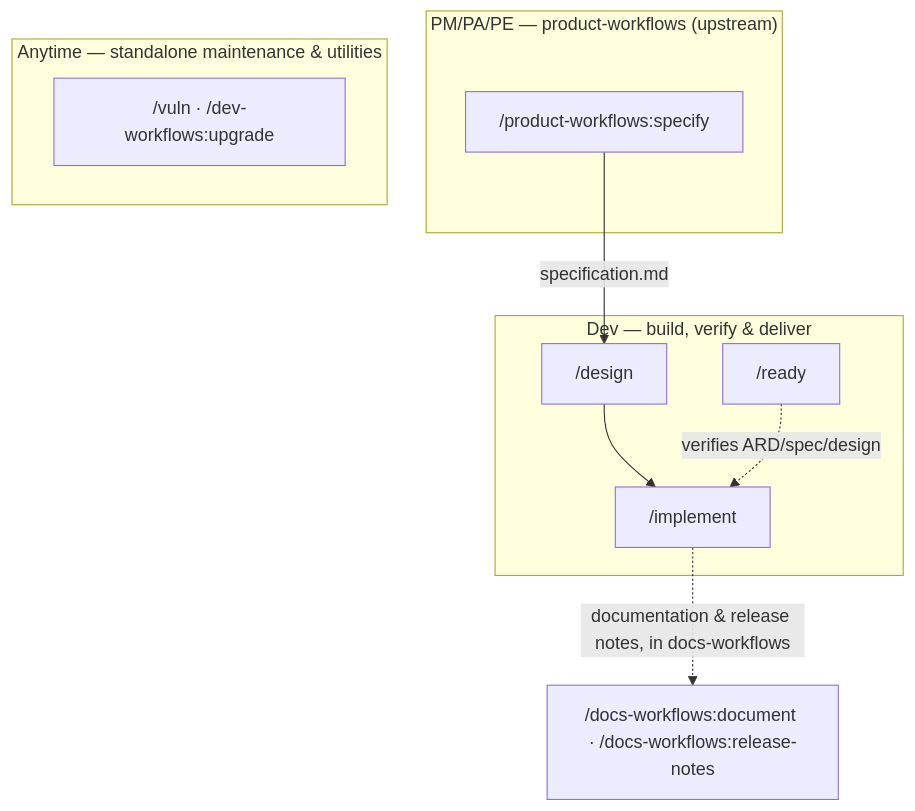
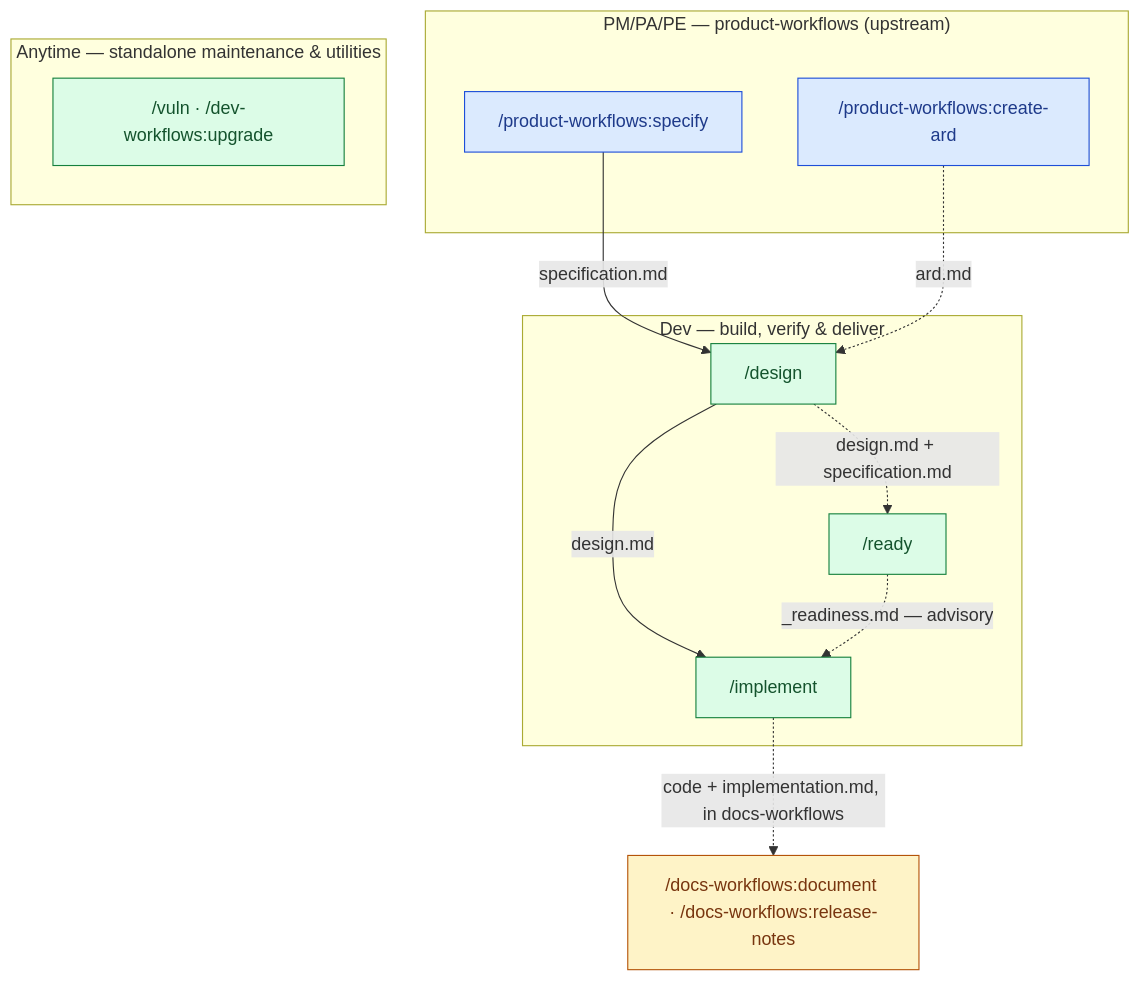
The diagram in plugins/dev-workflows/docs/workflow.md (ihudak/ihudak-claude-plugins), drawn with Mermaid before and after one commit. The commit also changed other lines of this file and 50 other files, not shown here.

````diff
--- a/plugins/dev-workflows/docs/workflow.md
+++ b/plugins/dev-workflows/docs/workflow.md
@@ -5,17 +5,24 @@
 ```mermaid
 flowchart TD
     subgraph PMPRD["PM/PA/PE — product-workflows (upstream)"]
-        specify["/product-workflows:specify"]
+        specify["/product-workflows:specify"]:::prod
+        createard["/product-workflows:create-ard"]:::prod
     end
     subgraph DEV["Dev — build, verify & deliver"]
-        design["/design"] --> implement["/implement"]
-        ready["/ready"]
+        design["/design"]:::dev -->|design.md| implement["/implement"]:::dev
+        ready["/ready"]:::dev
     end
     subgraph ANY["Anytime — standalone maintenance & utilities"]
-        maint["/vuln · /dev-workflows:upgrade"]
+        maint["/vuln · /dev-workflows:upgrade"]:::dev
     end
 
     specify -->|specification.md| design
-    ready -. verifies ARD/spec/design .-> implement
-    implement -.->|documentation & release notes, in docs-workflows| docsplugin["/docs-workflows:document · /docs-workflows:release-notes"]
+    createard -.->|ard.md| design
+    design -.->|design.md + specification.md| ready
+    ready -.->|_readiness.md — advisory| implement
+    implement -.->|code + implementation.md, in docs-workflows| docsplugin["/docs-workflows:document · /docs-workflows:release-notes"]:::docs
+
+    classDef prod fill:#dbeafe,stroke:#1d4ed8,color:#1e3a8a
+    classDef dev fill:#dcfce7,stroke:#15803d,color:#14532d
+    classDef docs fill:#fef3c7,stroke:#b45309,color:#78350f
 ```
````
